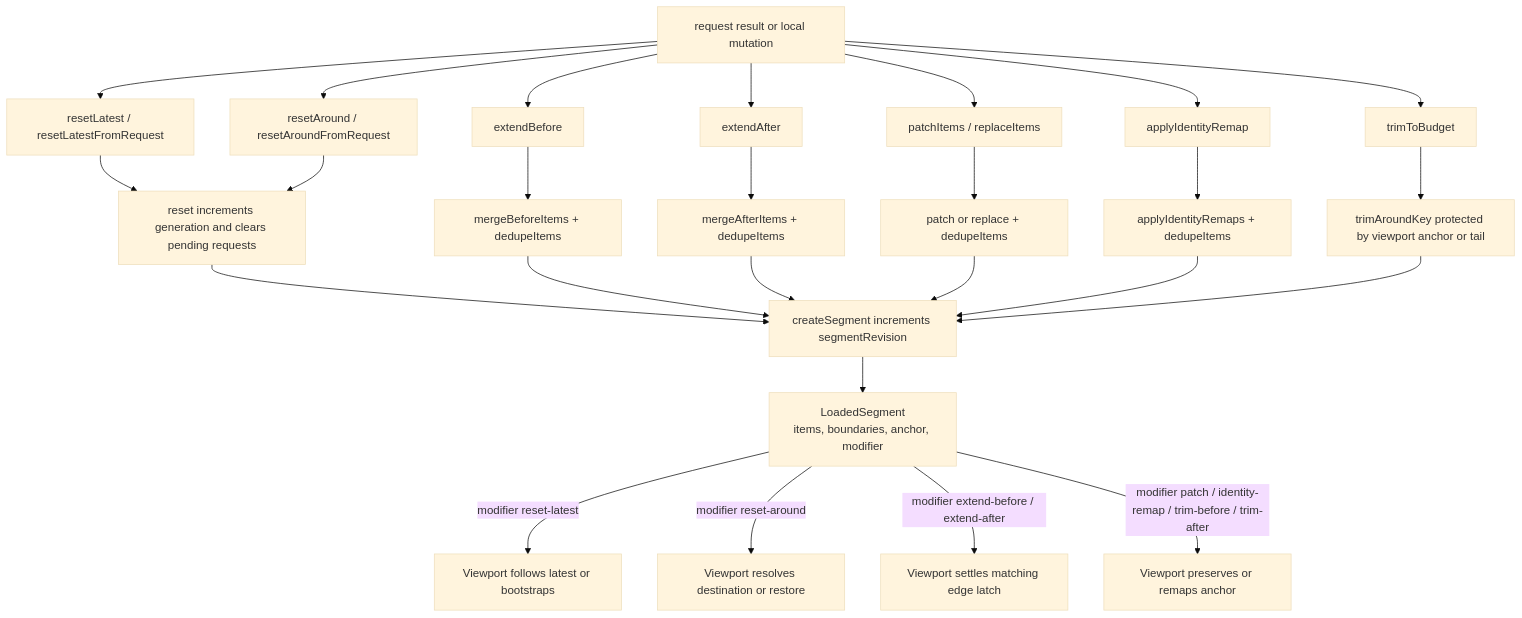
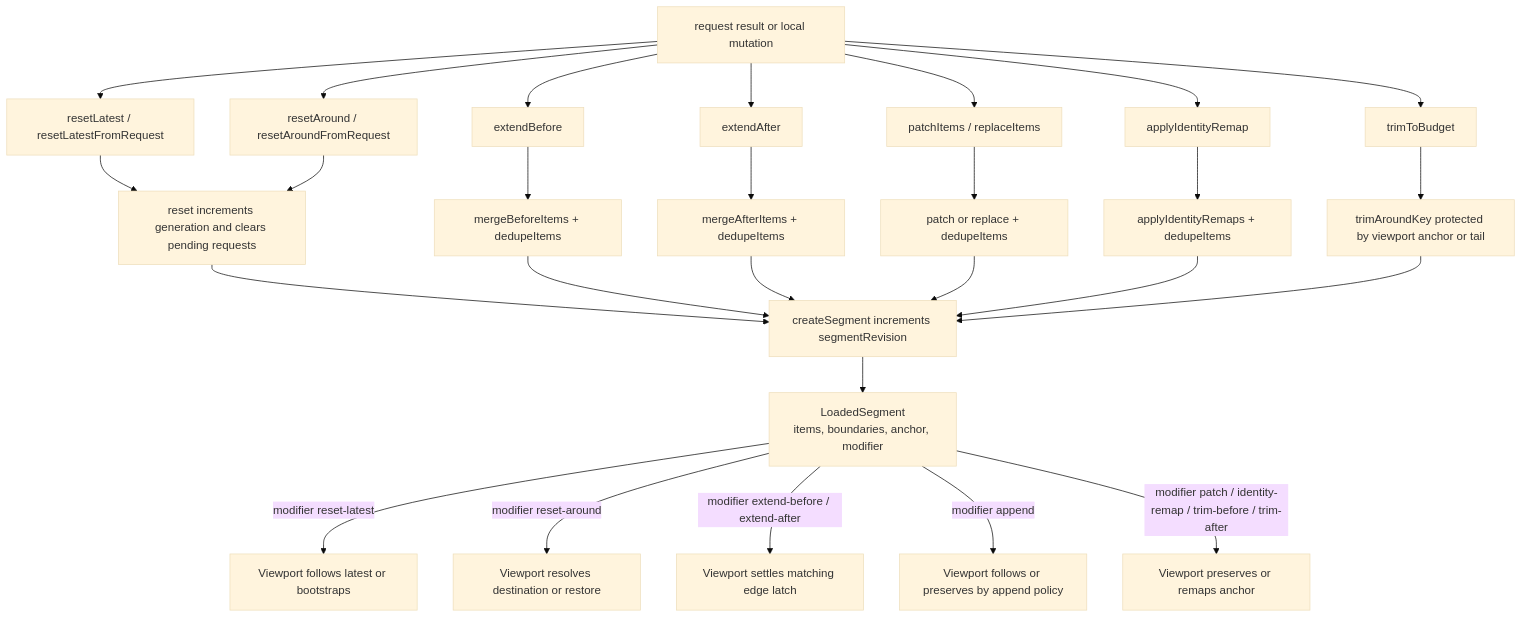
One commit to LouisGo/XMessageList changed the second of 2 diagrams in docs/graph/data-runtime.md. Above: the diagram before and after it, drawn with Mermaid (base theme). The commit also changed 50 other files, not shown here.

````diff
--- a/docs/graph/data-runtime.md
+++ b/docs/graph/data-runtime.md
@@ -31,33 +31,34 @@
 ```mermaid
 flowchart TD
   RequestResult["request result or local mutation"]
   Latest["resetLatest / resetLatestFromRequest"]
   Around["resetAround / resetAroundFromRequest"]
   Before["extendBefore"]
   After["extendAfter"]
   Patch["patchItems / replaceItems"]
   Remap["applyIdentityRemap"]
   Trim["trimToBudget"]
   Create["createSegment increments segmentRevision"]
   ResetGen["reset increments generation and clears pending requests"]
   MergeBefore["mergeBeforeItems + dedupeItems"]
   MergeAfter["mergeAfterItems + dedupeItems"]
   PatchItems["patch or replace + dedupeItems"]
   RemapItems["applyIdentityRemaps + dedupeItems"]
   TrimItems["trimAroundKey protected by viewport anchor or tail"]
   Segment["LoadedSegment<br/>items, boundaries, anchor, modifier"]
 
   RequestResult --> Latest --> ResetGen --> Create
   RequestResult --> Around --> ResetGen
   RequestResult --> Before --> MergeBefore --> Create
   RequestResult --> After --> MergeAfter --> Create
   RequestResult --> Patch --> PatchItems --> Create
   RequestResult --> Remap --> RemapItems --> Create
   RequestResult --> Trim --> TrimItems --> Create
   Create --> Segment
 
   Segment -->|"modifier reset-latest"| RuntimeLatest["Viewport follows latest or bootstraps"]
   Segment -->|"modifier reset-around"| RuntimeAround["Viewport resolves destination or restore"]
   Segment -->|"modifier extend-before / extend-after"| RuntimeEdge["Viewport settles matching edge latch"]
+  Segment -->|"modifier append"| RuntimeAppend["Viewport follows or preserves by append policy"]
   Segment -->|"modifier patch / identity-remap / trim-before / trim-after"| RuntimePatch["Viewport preserves or remaps anchor"]
 ```
````
